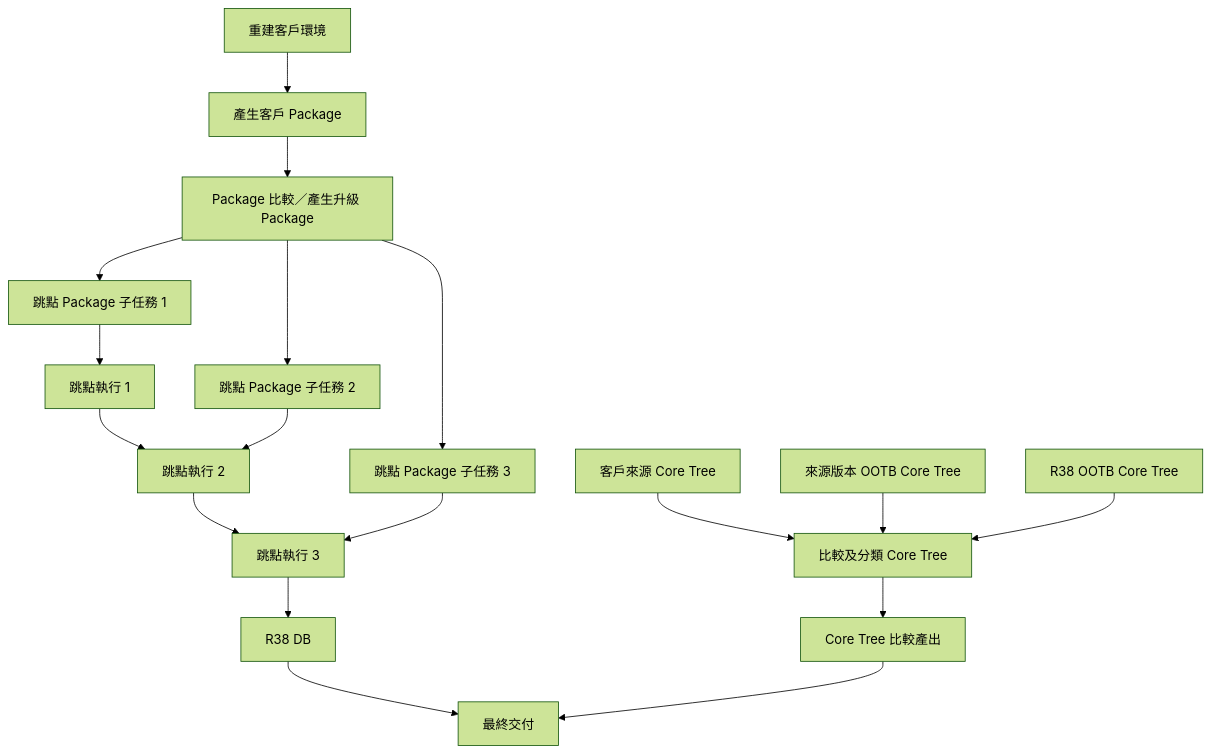
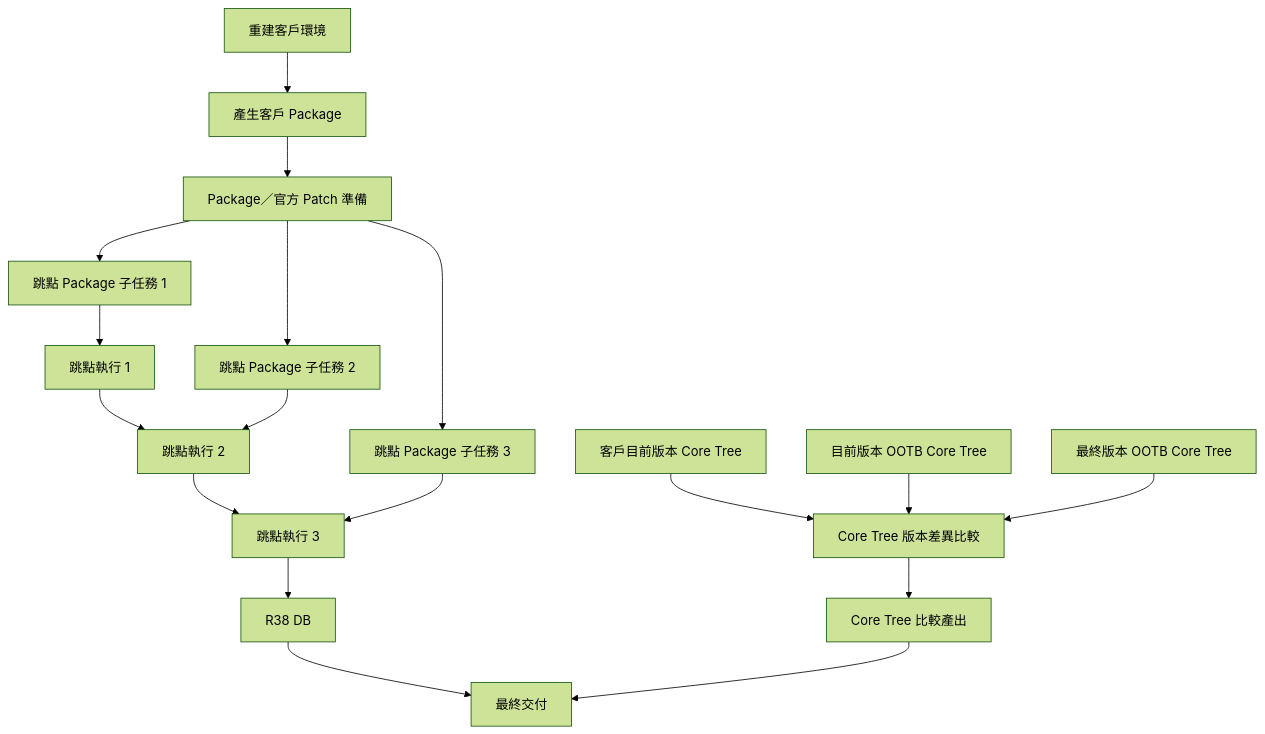
One commit to BCOKenny/Aras-Upgrade-Orchestrator changed the diagram in .scratch/aras-upgrade-orchestrator/spec.md. Above: the diagram before and after it, drawn with Mermaid (forest theme). The commit also changed other lines of this file and 46 other files, not shown here.

Commit message:
Expand Core Tree case operations

````diff
--- a/.scratch/aras-upgrade-orchestrator/spec.md
+++ b/.scratch/aras-upgrade-orchestrator/spec.md
@@ -167,24 +212,24 @@
 ```mermaid
 flowchart TD
     RE["重建客戶環境"] --> CP["產生客戶 Package"]
-    CP --> PP["Package 比較／產生升級 Package"]
+    CP --> PP["Package／官方 Patch 準備"]
 
     PP --> P1["跳點 Package 子任務 1"]
     PP --> P2["跳點 Package 子任務 2"]
     PP --> P3["跳點 Package 子任務 3"]
 
     P1 --> E1["跳點執行 1"]
     E1 --> E2["跳點執行 2"]
     P2 --> E2
     E2 --> E3["跳點執行 3"]
     P3 --> E3
     E3 --> DB["R38 DB"]
 
-    CC["客戶來源 Core Tree"] --> CT["比較及分類 Core Tree"]
-    CS["來源版本 OOTB Core Tree"] --> CT
-    CR["R38 OOTB Core Tree"] --> CT
+    CC["客戶目前版本 Core Tree"] --> CT["Core Tree 版本差異比較"]
+    CS["目前版本 OOTB Core Tree"] --> CT
+    CR["最終版本 OOTB Core Tree"] --> CT
     CT --> CO["Core Tree 比較產出"]
 
     DB --> D["最終交付"]
     CO --> D
 ```
````
